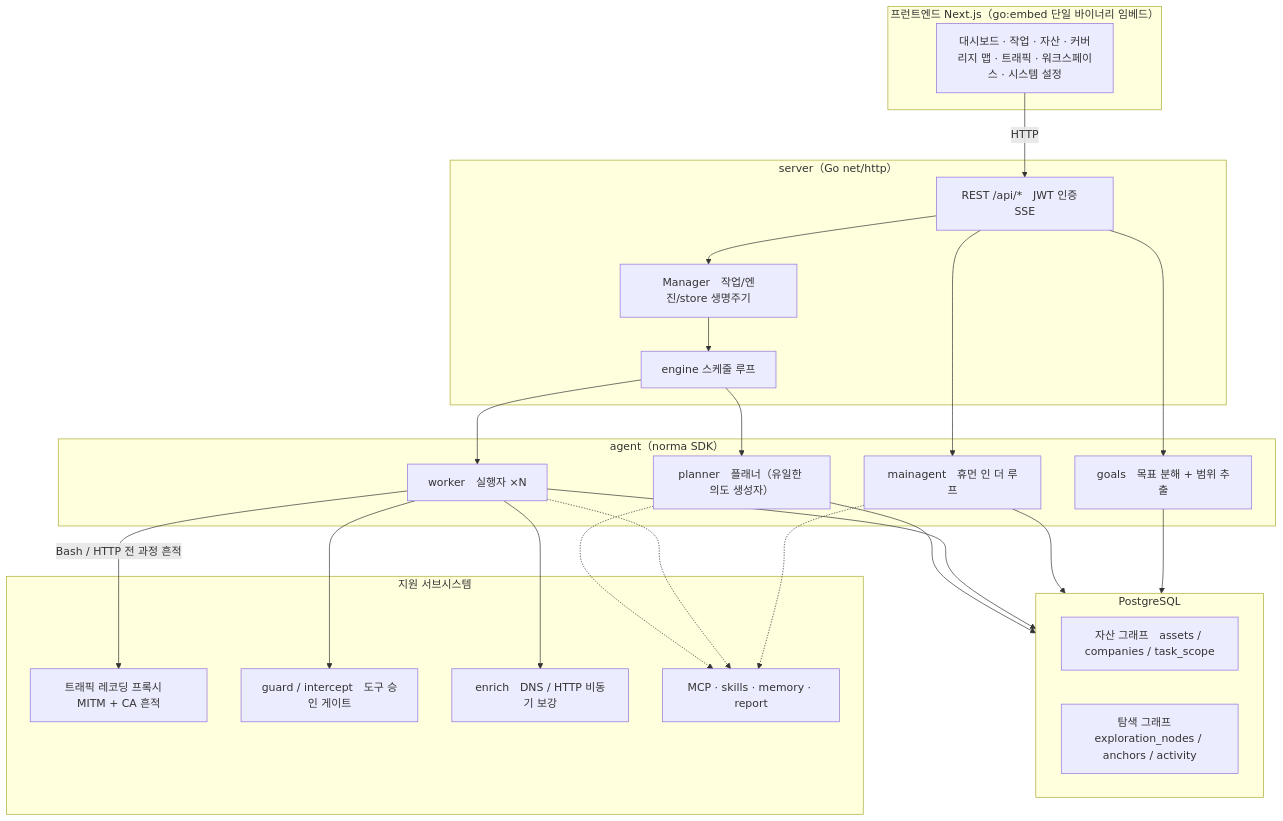
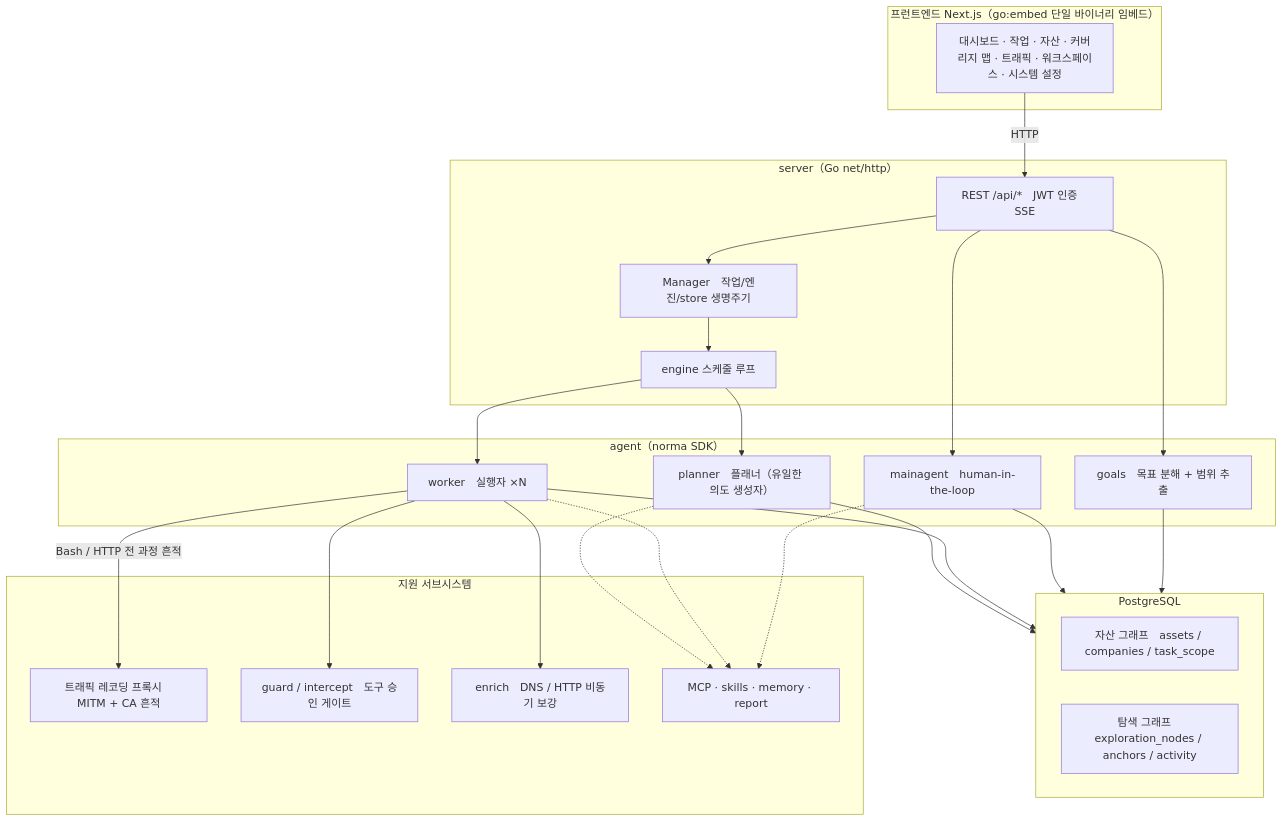
The first of 5 diagrams in README.ko.md (Doyoun510/ARTEX_ko), drawn with Mermaid before and after one commit. The commit also changed other lines of this file, not shown here.

````diff
--- a/README.ko.md
+++ b/README.ko.md
@@ -295,44 +295,44 @@
 ```mermaid
 flowchart TB
   subgraph FE["프런트엔드 Next.js（go:embed 단일 바이너리 임베드）"]
     UI["대시보드 · 작업 · 자산 · 커버리지 맵 · 트래픽 · 워크스페이스 · 시스템 설정"]
   end
   subgraph SRV["server（Go net/http）"]
     API["REST /api/*　JWT 인증　SSE"]
     ENG["engine 스케줄 루프"]
     MGR["Manager　작업/엔진/store 생명주기"]
   end
   subgraph AG["agent（norma SDK）"]
     GO["goals　목표 분해 + 범위 추출"]
     PL["planner　플래너（유일한 의도 생성자）"]
     WK["worker　실행자 ×N"]
-    MA["mainagent　휴먼 인 더 루프"]
+    MA["mainagent　human-in-the-loop"]
   end
   subgraph DB["PostgreSQL"]
     AGRAPH["자산 그래프　assets / companies / task_scope"]
     EGRAPH["탐색 그래프　exploration_nodes / anchors / activity"]
   end
   subgraph SUB["지원 서브시스템"]
     PROXY["트래픽 레코딩 프록시　MITM + CA 흔적"]
     GUARD["guard / intercept　도구 승인 게이트"]
     ENR["enrich　DNS / HTTP 비동기 보강"]
     EXT["MCP · skills · memory · report"]
   end
 
   UI -->|HTTP| API
   API --> MGR --> ENG
   ENG --> PL
   ENG --> WK
   API --> MA
   API --> GO
   PL --> DB
   WK --> DB
   MA --> DB
   GO --> DB
   WK -->|"Bash / HTTP 전 과정 흔적"| PROXY
   WK --> GUARD
   WK --> ENR
   PL -.-> EXT
   WK -.-> EXT
   MA -.-> EXT
 ```
````
